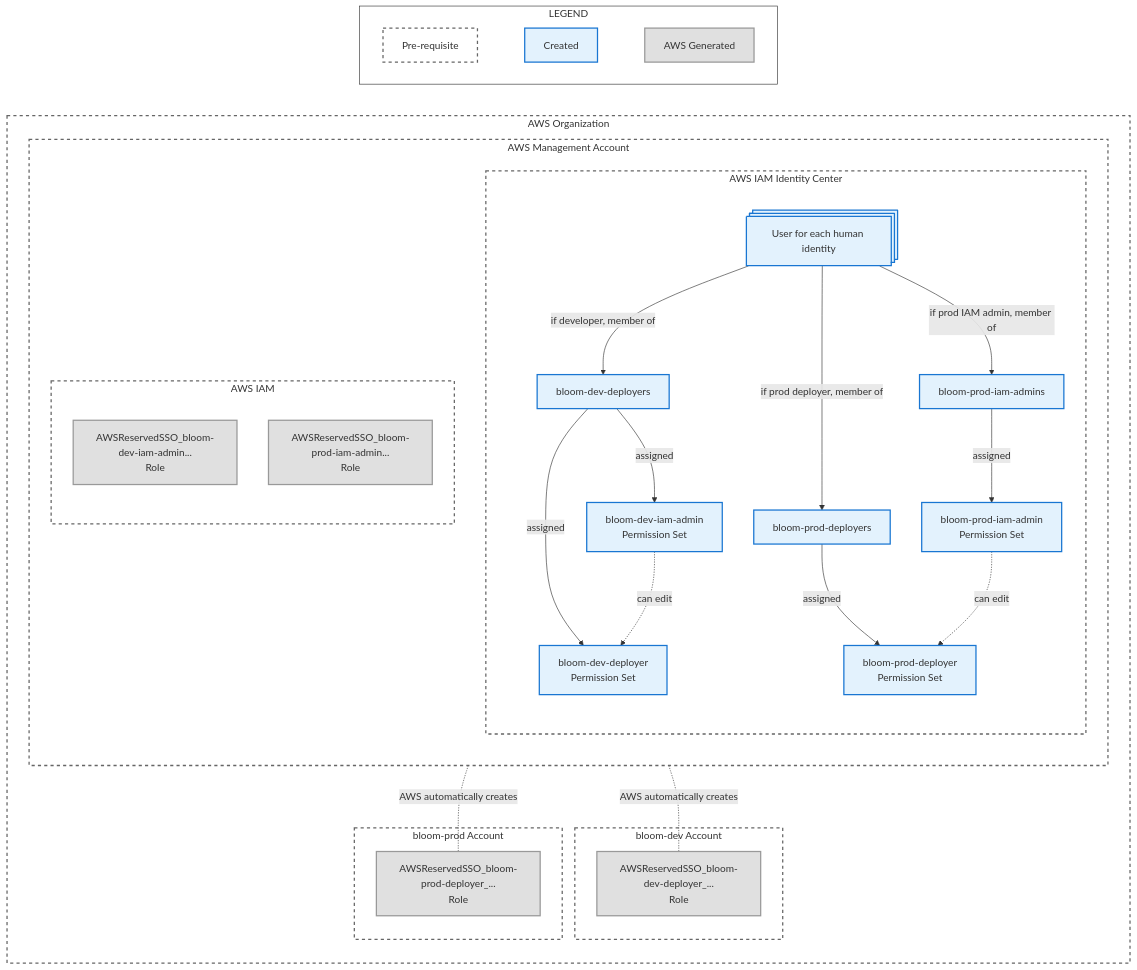
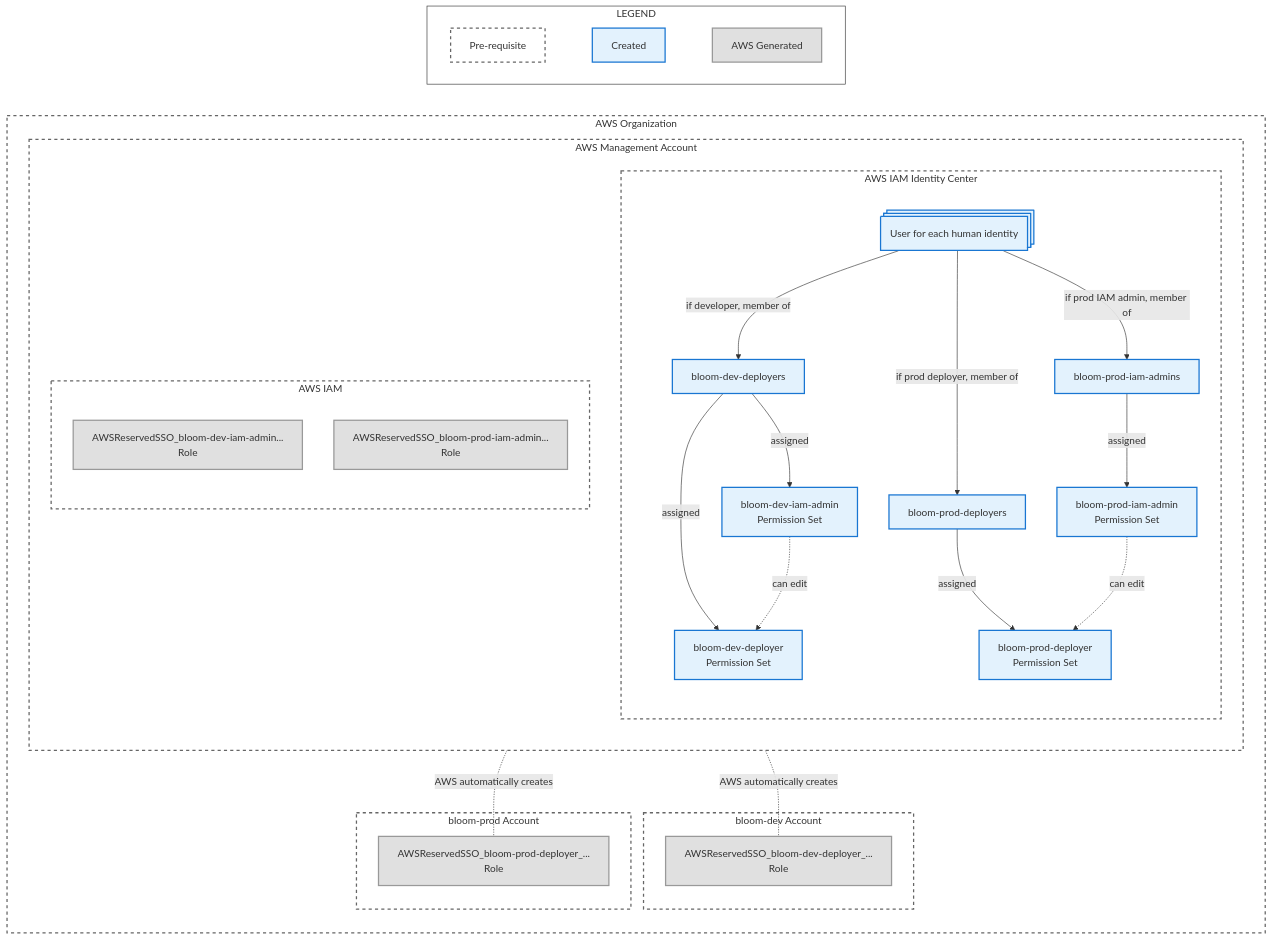
Before and after one commit to bloom-housing/bloom: the diagram in infra/aws_deployment_guide/1_iam_identity_center_configuration.md, drawn with Mermaid.

Commit message:
Try graph wrapping fix

````diff
--- a/infra/aws_deployment_guide/1_iam_identity_center_configuration.md
+++ b/infra/aws_deployment_guide/1_iam_identity_center_configuration.md
@@ -5,4 +5,10 @@
 ```mermaid
+---
+config:
+  flowchart:
+    wrappingWidth: 400
+---
+
 graph TB
   subgraph ORG[AWS Organization]
       direction TB
````
